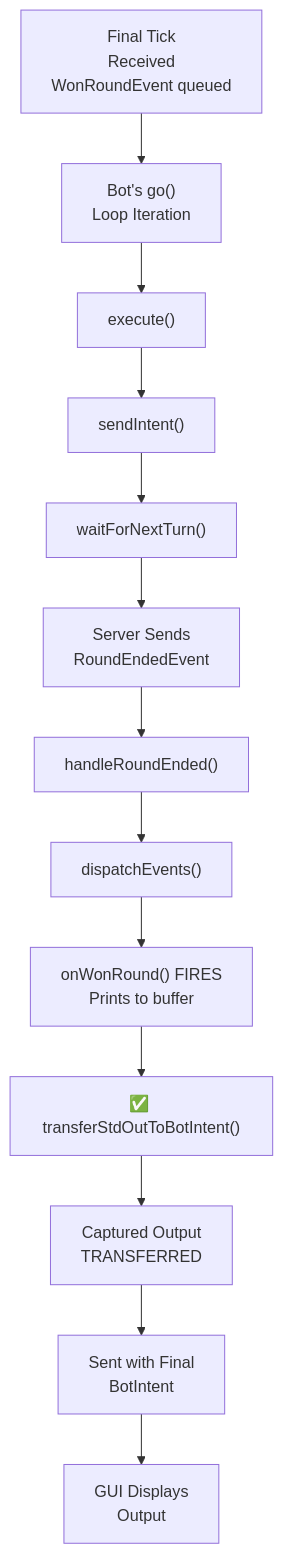
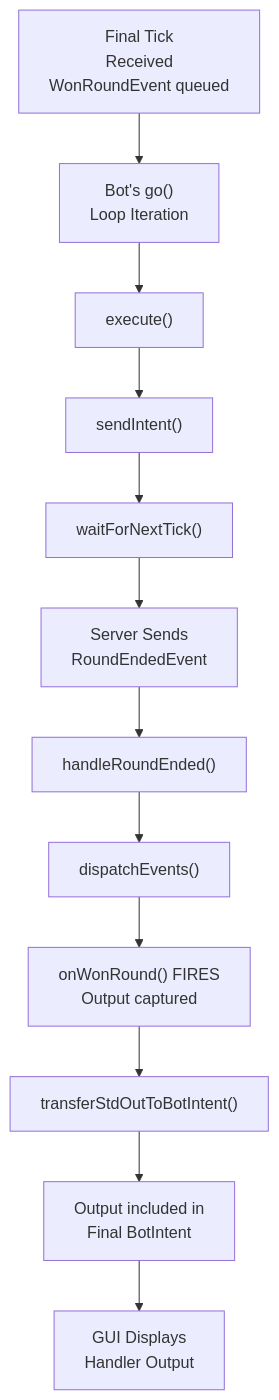
One commit to robocode-dev/tank-royale changed the fifth of 10 diagrams in docs-internal/architecture/models/flows/event-handling.md. Above: the diagram before and after it, drawn with Mermaid. The commit also changed other lines of this file and 3 other files, not shown here.

Commit message:
docs: update AGENTS.md and CLAUDE.md with critical workflow rules and task sequence

````diff
--- a/docs-internal/architecture/models/flows/event-handling.md
+++ b/docs-internal/architecture/models/flows/event-handling.md
@@ -188,15 +180,14 @@
 ```mermaid
 graph TD
     A["Final Tick<br/>Received<br/>WonRoundEvent queued"] --> B["Bot's go()<br/>Loop Iteration"]
     B --> C["execute()"]
     C --> D["sendIntent()"]
-    D --> E["waitForNextTurn()"]
+    D --> E["waitForNextTick()"]
     E --> F["Server Sends<br/>RoundEndedEvent"]
     F --> G["handleRoundEnded()"]
     G --> H["dispatchEvents()"]
-    H --> I["onWonRound() FIRES<br/>Prints to buffer"]
-    I --> J["✅ transferStdOutToBotIntent()"]
-    J --> K["Captured Output<br/>TRANSFERRED"]
-    K --> L["Sent with Final<br/>BotIntent"]
-    L --> M["GUI Displays<br/>Output"]
+    H --> I["onWonRound() FIRES<br/>Output captured"]
+    I --> J["transferStdOutToBotIntent()"]
+    J --> K["Output included in<br/>Final BotIntent"]
+    K --> L["GUI Displays<br/>Handler Output"]
 ```
````
